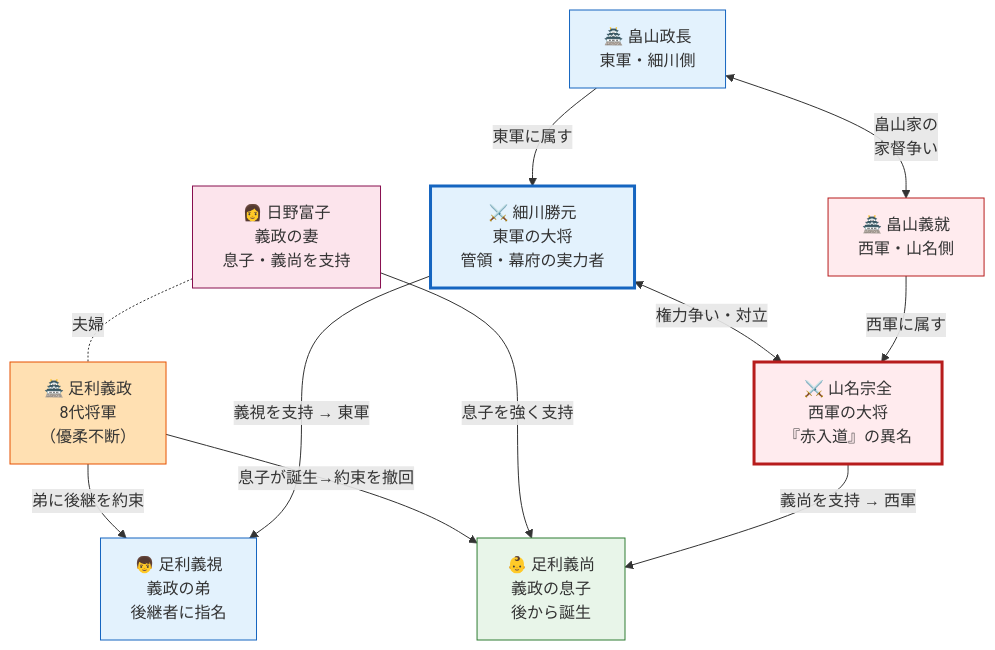
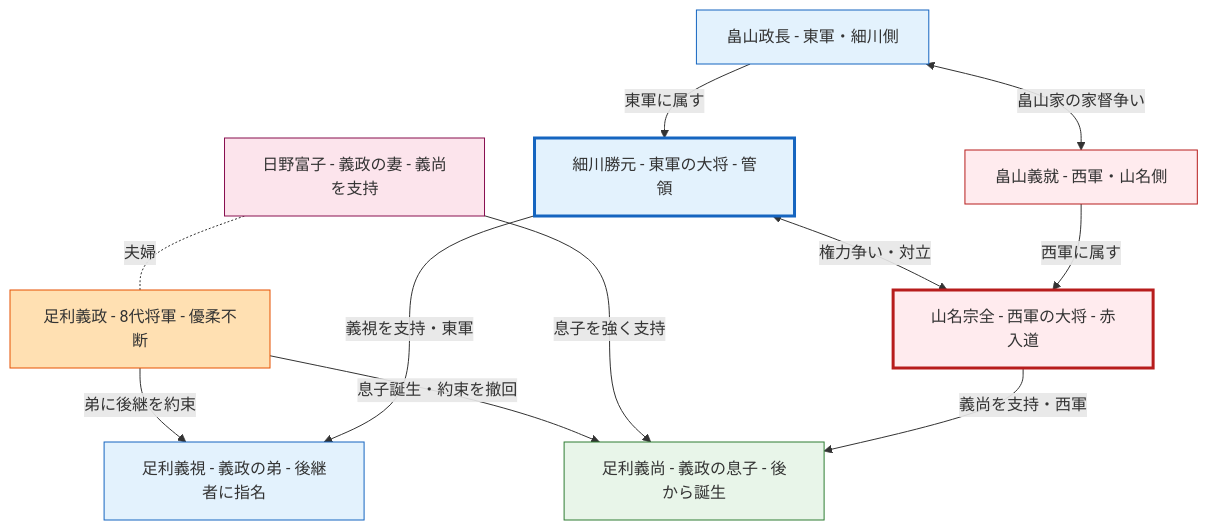
The diagram in docs/Japanese/Sengoku/onin_ch01.md (forthelucky/my-japanese-lessons), drawn with Mermaid before and after one commit. The commit also changed other lines of this file and 1 other file, not shown here.

````diff
--- a/docs/Japanese/Sengoku/onin_ch01.md
+++ b/docs/Japanese/Sengoku/onin_ch01.md
@@ -58,50 +58,31 @@
 ```mermaid
 graph TD
-    A["🏯 足利義政
-8代将軍
-（優柔不断）"]
-    B["👦 足利義視
-義政の弟
-後継者に指名"]
-    C["👶 足利義尚
-義政の息子
-後から誕生"]
-    D["👩 日野富子
-義政の妻
-息子・義尚を支持"]
-    E["⚔️ 細川勝元
-東軍の大将
-管領・幕府の実力者"]
-    F["⚔️ 山名宗全
-西軍の大将
-『赤入道』の異名"]
-    G["🏯 畠山政長
-東軍・細川側"]
-    H["🏯 畠山義就
-西軍・山名側"]
+    A["足利義政 - 8代将軍 - 優柔不断"]
+    B["足利義視 - 義政の弟 - 後継者に指名"]
+    C["足利義尚 - 義政の息子 - 後から誕生"]
+    D["日野富子 - 義政の妻 - 義尚を支持"]
+    E["細川勝元 - 東軍の大将 - 管領"]
+    F["山名宗全 - 西軍の大将 - 赤入道"]
+    G["畠山政長 - 東軍・細川側"]
+    H["畠山義就 - 西軍・山名側"]
 
     A -- "弟に後継を約束" --> B
-    A -- "息子が誕生→約束を撤回" --> C
+    A -- "息子誕生・約束を撤回" --> C
     D -- "息子を強く支持" --> C
     D -. "夫婦" .- A
-
-    E -- "義視を支持 → 東軍" --> B
-    F -- "義尚を支持 → 西軍" --> C
-
+    E -- "義視を支持・東軍" --> B
+    F -- "義尚を支持・西軍" --> C
     E <-- "権力争い・対立" --> F
-
     G -- "東軍に属す" --> E
     H -- "西軍に属す" --> F
-
-    G <-- "畠山家の
-家督争い" --> H
+    G <-- "畠山家の家督争い" --> H
 
     style A fill:#ffe0b2,stroke:#e65100
     style B fill:#e3f2fd,stroke:#1565c0
     style C fill:#e8f5e9,stroke:#2e7d32
     style D fill:#fce4ec,stroke:#880e4f
     style E fill:#e3f2fd,stroke:#1565c0,stroke-width:3px
     style F fill:#ffebee,stroke:#b71c1c,stroke-width:3px
     style G fill:#e3f2fd,stroke:#1565c0
     style H fill:#ffebee,stroke:#b71c1c
 ```
````
